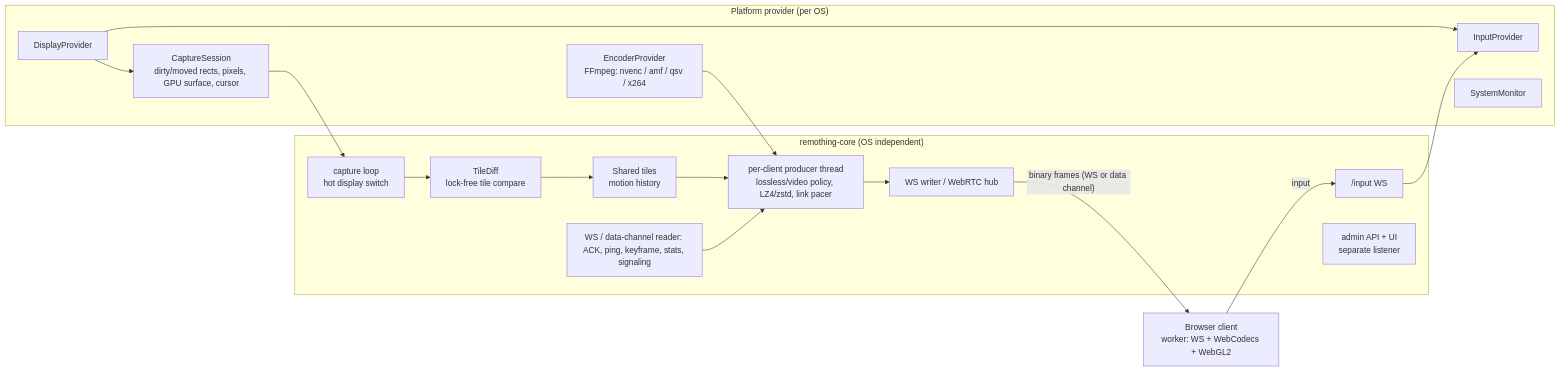
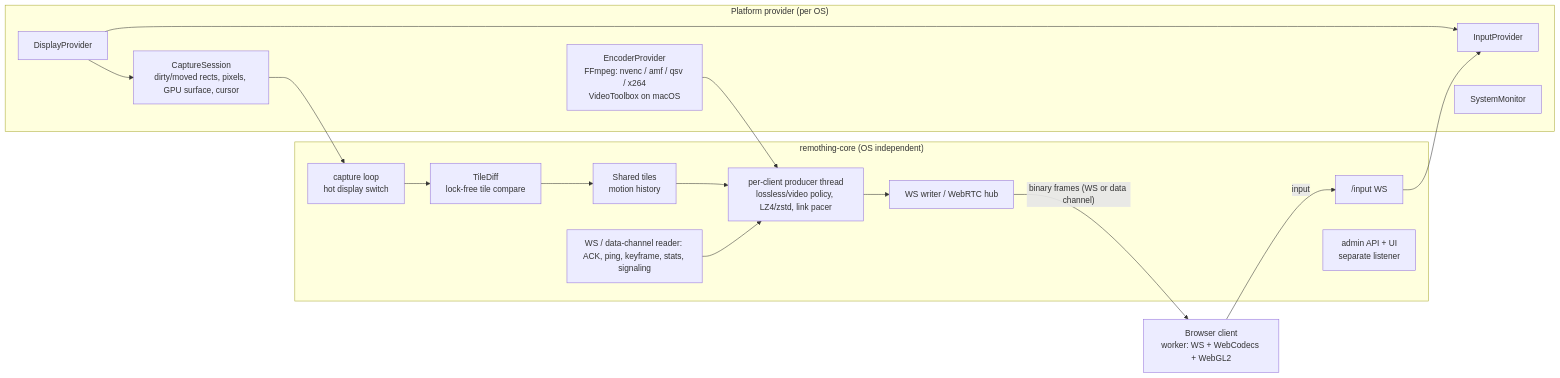
The first of 2 diagrams in docs/ARCHITECTURE.md (victor141516/remothing), drawn with Mermaid before and after one commit. The commit also changed other lines of this file and 26 other files, not shown here.

````diff
--- a/docs/ARCHITECTURE.md
+++ b/docs/ARCHITECTURE.md
@@ -7,22 +8,22 @@
 ```mermaid
 flowchart LR
   subgraph Provider["Platform provider (per OS)"]
     D[DisplayProvider] --> C[CaptureSession<br/>dirty/moved rects, pixels, GPU surface, cursor]
     D --> I[InputProvider]
-    E[EncoderProvider<br/>FFmpeg: nvenc / amf / qsv / x264]
+    E[EncoderProvider<br/>FFmpeg: nvenc / amf / qsv / x264<br/>VideoToolbox on macOS]
     M[SystemMonitor]
   end
   subgraph Core["remothing-core (OS independent)"]
     CL[capture loop<br/>hot display switch] --> TD[TileDiff<br/>lock-free tile compare]
     TD --> S[Shared tiles<br/>motion history]
     S --> P[per-client producer thread<br/>lossless/video policy, LZ4/zstd, link pacer]
     P --> W[WS writer / WebRTC hub]
     R[WS / data-channel reader: ACK, ping, keyframe, stats, signaling] --> P
     IN["/input WS"] --> I
     A[admin API + UI<br/>separate listener]
   end
   C --> CL
   E --> P
   W -->|"binary frames (WS or data channel)"| B[Browser client<br/>worker: WS + WebCodecs + WebGL2]
   B -->|input| IN
 ```
````
